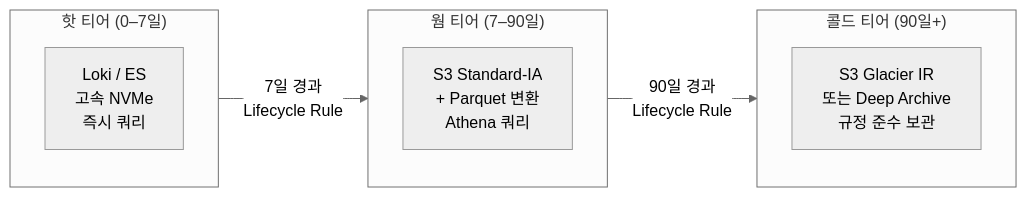
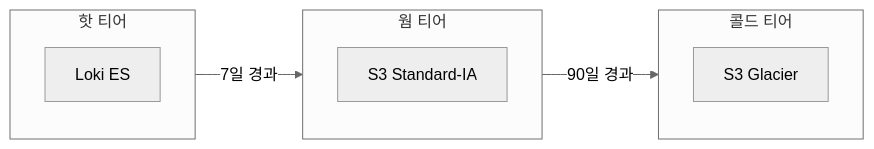
The tenth of 12 diagrams in content/linux/logging/log-management.md (moonblueblue/devops-wiki), drawn with Mermaid (neutral theme) before and after one commit. The commit also changed other lines of this file and 12 other files, not shown here.

First line of the commit message:
style: linux 섹션 전체 ASCII art 제거 및 Mermaid 규칙 적용

````diff
--- a/content/linux/logging/log-management.md
+++ b/content/linux/logging/log-management.md
@@ -928,17 +919,17 @@
 ```mermaid
 flowchart LR
-    subgraph Hot["핫 티어 (0–7일)"]
-        H1[Loki / ES\n고속 NVMe\n즉시 쿼리]
+    subgraph Hot["핫 티어"]
+        H1[Loki ES]
     end
 
-    subgraph Warm["웜 티어 (7–90일)"]
-        W1[S3 Standard-IA\n+ Parquet 변환\nAthena 쿼리]
+    subgraph Warm["웜 티어"]
+        W1[S3 Standard-IA]
     end
 
-    subgraph Cold["콜드 티어 (90일+)"]
-        C1[S3 Glacier IR\n또는 Deep Archive\n규정 준수 보관]
+    subgraph Cold["콜드 티어"]
+        C1[S3 Glacier]
     end
 
-    Hot -- 7일 경과\nLifecycle Rule --> Warm
-    Warm -- 90일 경과\nLifecycle Rule --> Cold
+    Hot -- 7일 경과 --> Warm
+    Warm -- 90일 경과 --> Cold
 ```
````
